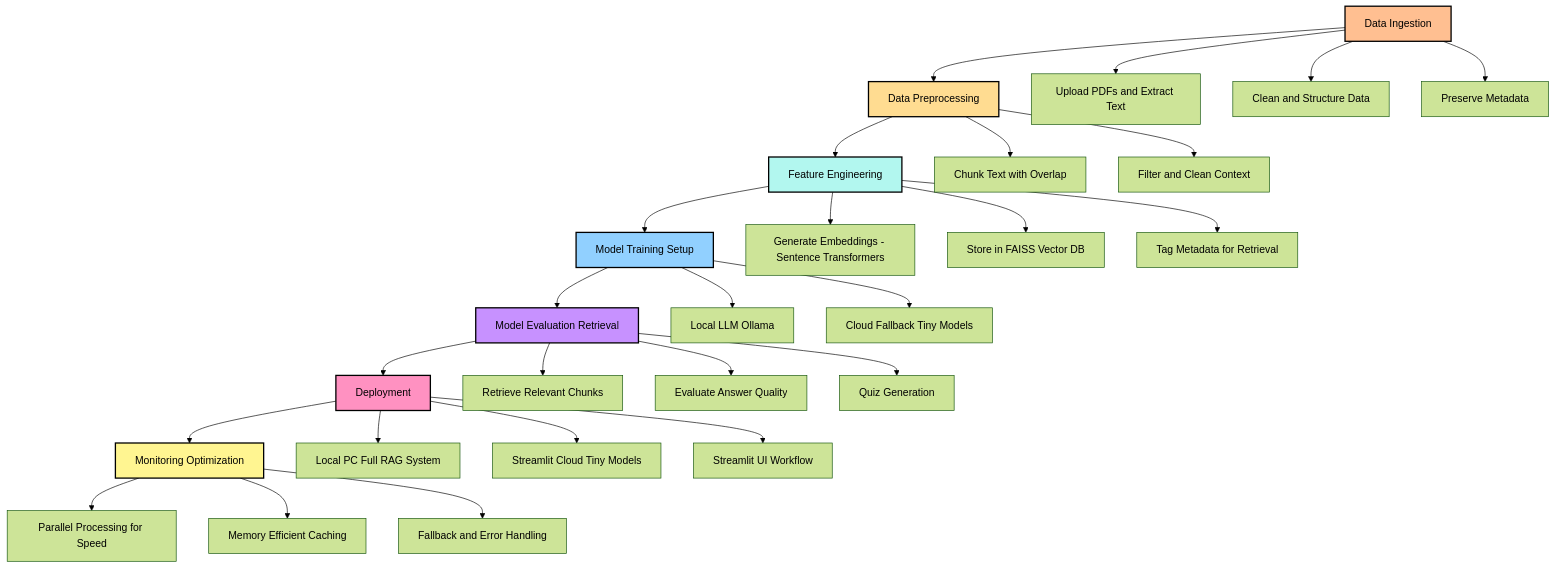
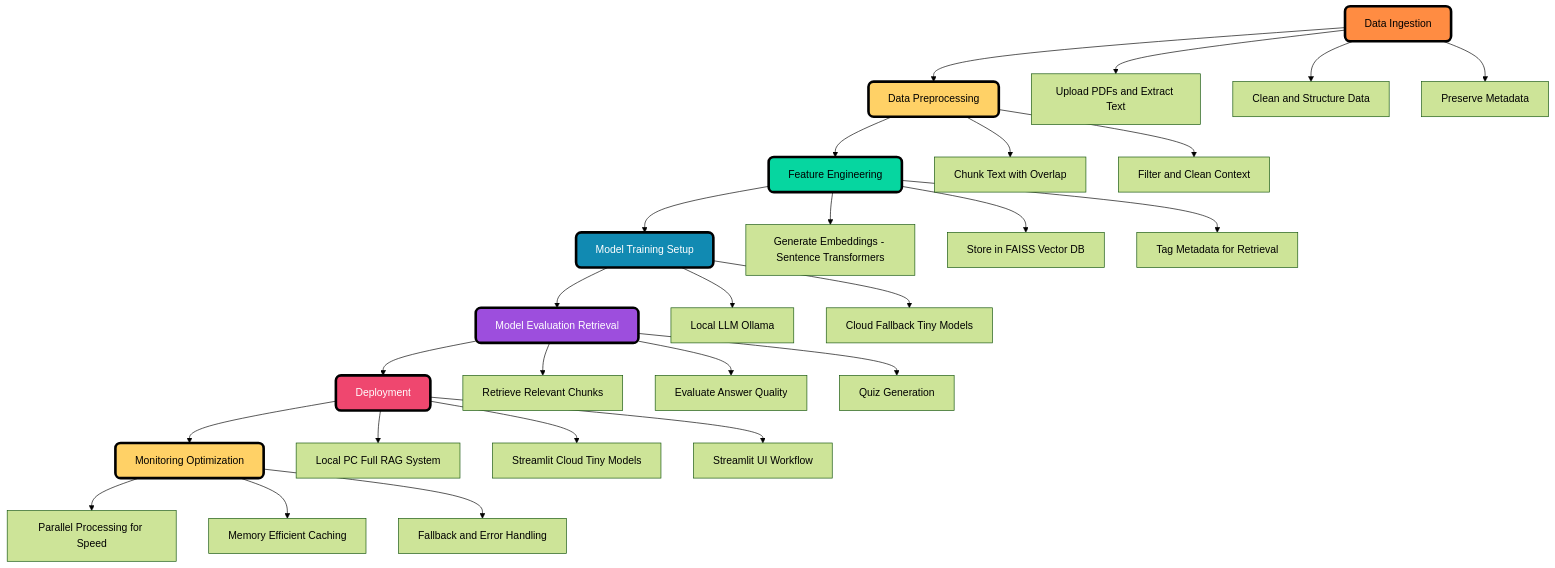
Before and after one commit to UzairRan/StudyMind-AI: the third of 3 diagrams in README.md, drawn with Mermaid (forest theme). The commit also changed other lines of this file, not shown here.

Commit message:
Complete Readme and add Flow Diagrams

````diff
--- a/README.md
+++ b/README.md
@@ -228,45 +237,45 @@
 ```mermaid
 flowchart TD
     A[Data Ingestion]:::ingest --> B[Data Preprocessing]:::preprocess
     B --> C[Feature Engineering]:::feature
     C --> D[Model Training Setup]:::train
     D --> E[Model Evaluation Retrieval]:::evaluate
     E --> F[Deployment]:::deploy
     F --> G[Monitoring Optimization]:::monitor
 
     %% Detailed steps
     A --> A1[Upload PDFs and Extract Text]
     A --> A2[Clean and Structure Data]
     A --> A3[Preserve Metadata]
 
     B --> B1[Chunk Text with Overlap]
     B --> B2[Filter and Clean Context]
 
     C --> C1[Generate Embeddings - Sentence Transformers]
     C --> C2[Store in FAISS Vector DB]
     C --> C3[Tag Metadata for Retrieval]
 
     D --> D1[Local LLM Ollama]
     D --> D2[Cloud Fallback Tiny Models]
     
     E --> E1[Retrieve Relevant Chunks]
     E --> E2[Evaluate Answer Quality]
     E --> E3[Quiz Generation]
 
     F --> F1[Local PC Full RAG System]
     F --> F2[Streamlit Cloud Tiny Models]
     F --> F3[Streamlit UI Workflow]
 
     G --> G1[Parallel Processing for Speed]
     G --> G2[Memory Efficient Caching]
     G --> G3[Fallback and Error Handling]
 
-    %% Styles
-    classDef ingest fill:#ffbf91,stroke:#000,stroke-width:2px,color:#000;
-    classDef preprocess fill:#ffdc91,stroke:#000,stroke-width:2px,color:#000;
-    classDef feature fill:#b2f7ef,stroke:#000,stroke-width:2px,color:#000;
-    classDef train fill:#91d0ff,stroke:#000,stroke-width:2px,color:#000;
-    classDef evaluate fill:#c791ff,stroke:#000,stroke-width:2px,color:#000;
-    classDef deploy fill:#ff91c1,stroke:#000,stroke-width:2px,color:#000;
-    classDef monitor fill:#fff591,stroke:#000,stroke-width:2px,color:#000;
+    %% Styles - bold and high contrast
+    classDef ingest fill:#ff8c42,stroke:#000,stroke-width:4px,color:#000,rx:8,ry:8;
+    classDef preprocess fill:#ffd166,stroke:#000,stroke-width:4px,color:#000,rx:8,ry:8;
+    classDef feature fill:#06d6a0,stroke:#000,stroke-width:4px,color:#000,rx:8,ry:8;
+    classDef train fill:#118ab2,stroke:#000,stroke-width:4px,color:#fff,rx:8,ry:8;
+    classDef evaluate fill:#9d4edd,stroke:#000,stroke-width:4px,color:#fff,rx:8,ry:8;
+    classDef deploy fill:#ef476f,stroke:#000,stroke-width:4px,color:#fff,rx:8,ry:8;
+    classDef monitor fill:#ffd166,stroke:#000,stroke-width:4px,color:#000,rx:8,ry:8;
 ```
````
